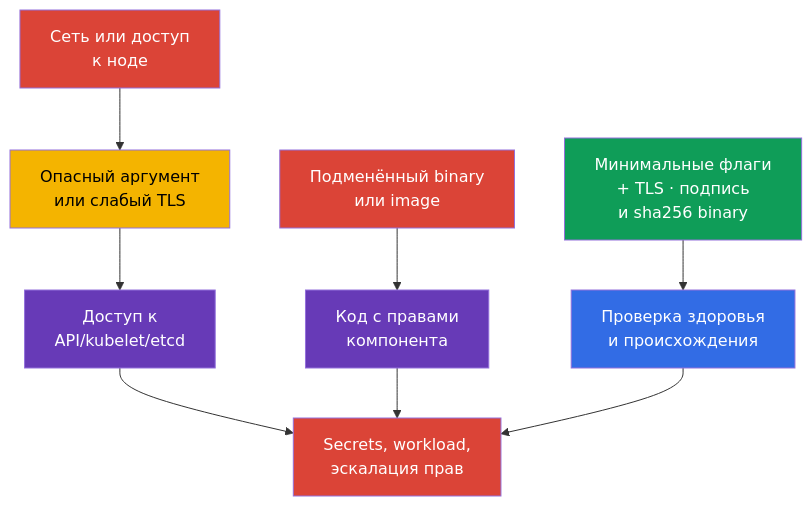
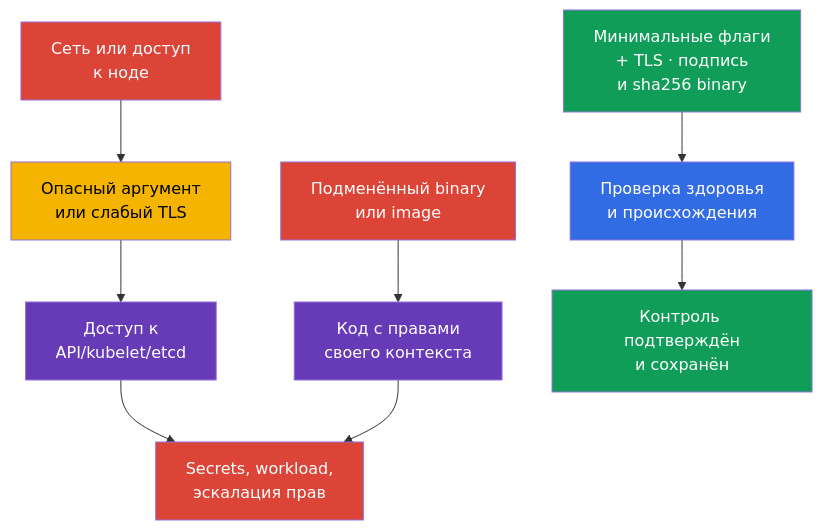
The first of 2 diagrams in tasks/cks/course/09/ru.md (ViktorUJ/cks), drawn with Mermaid before and after one commit. The commit also changed other lines of this file and 38 other files, not shown here.

````diff
--- a/tasks/cks/course/09/ru.md
+++ b/tasks/cks/course/09/ru.md
@@ -37,18 +43,19 @@
 ```mermaid
 flowchart TB
     net["Сеть или доступ<br/>к ноде"] --> weak["Опасный аргумент<br/>или слабый TLS"]
     weak --> api["Доступ к<br/>API/kubelet/etcd"]
-    file["Подменённый binary<br/>или image"] --> runtime["Код с правами<br/>компонента"]
+    file["Подменённый binary<br/>или image"] --> runtime["Код с правами<br/>своего контекста"]
     api --> impact["Secrets, workload,<br/>эскалация прав"]
     runtime --> impact
     harden["Минимальные флаги<br/>+ TLS · подпись<br/>и sha256 binary"] --> verify["Проверка здоровья<br/>и происхождения"]
-    verify --> impact
+    verify --> safe["Контроль подтверждён<br/>и сохранён"]
     style net fill:#db4437,color:#fff
     style weak fill:#f4b400,color:#000
     style file fill:#db4437,color:#fff
     style api fill:#673ab7,color:#fff
     style runtime fill:#673ab7,color:#fff
     style harden fill:#0f9d58,color:#fff
     style verify fill:#326ce5,color:#fff
+    style safe fill:#0f9d58,color:#fff
     style impact fill:#db4437,color:#fff
 ```
````
